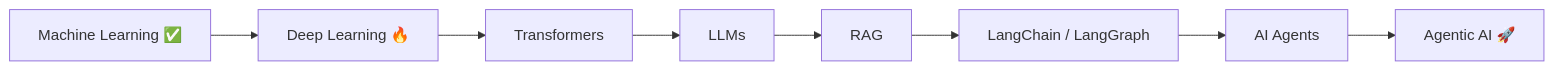
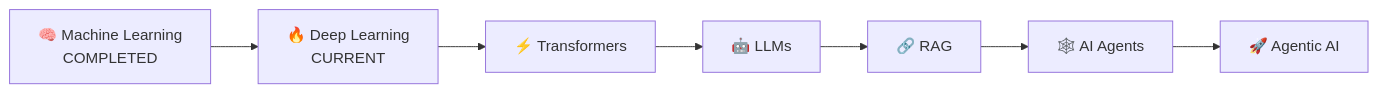
The diagram in README.md (ayushahirrao2007/ayushahirrao2007), drawn with Mermaid before and after one commit. The commit also changed other lines of this file, not shown here.

````diff
--- a/README.md
+++ b/README.md
@@ -283,10 +441,17 @@
 ```mermaid
 flowchart LR
-    A[Machine Learning ✅] --> B[Deep Learning 🔥]
-    B --> C[Transformers]
-    C --> D[LLMs]
-    D --> E[RAG]
-    E --> F[LangChain / LangGraph]
-    F --> G[AI Agents]
-    G --> H[Agentic AI 🚀]
+    ML["🧠 Machine Learning<br/>COMPLETED"]
+    DL["🔥 Deep Learning<br/>CURRENT"]
+    TF["⚡ Transformers"]
+    LLM["🤖 LLMs"]
+    RAG["🔗 RAG"]
+    AG["🕸️ AI Agents"]
+    AA["🚀 Agentic AI"]
+
+    ML --> DL
+    DL --> TF
+    TF --> LLM
+    LLM --> RAG
+    RAG --> AG
+    AG --> AA
 ```
````
